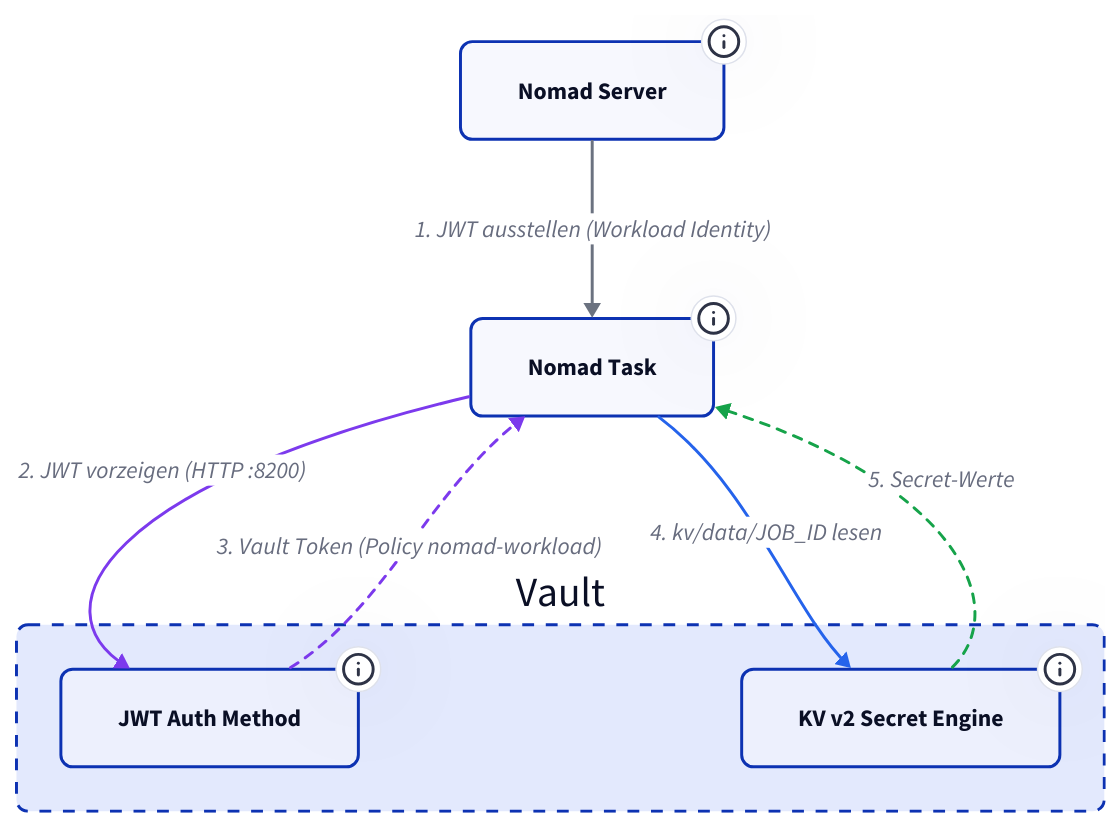
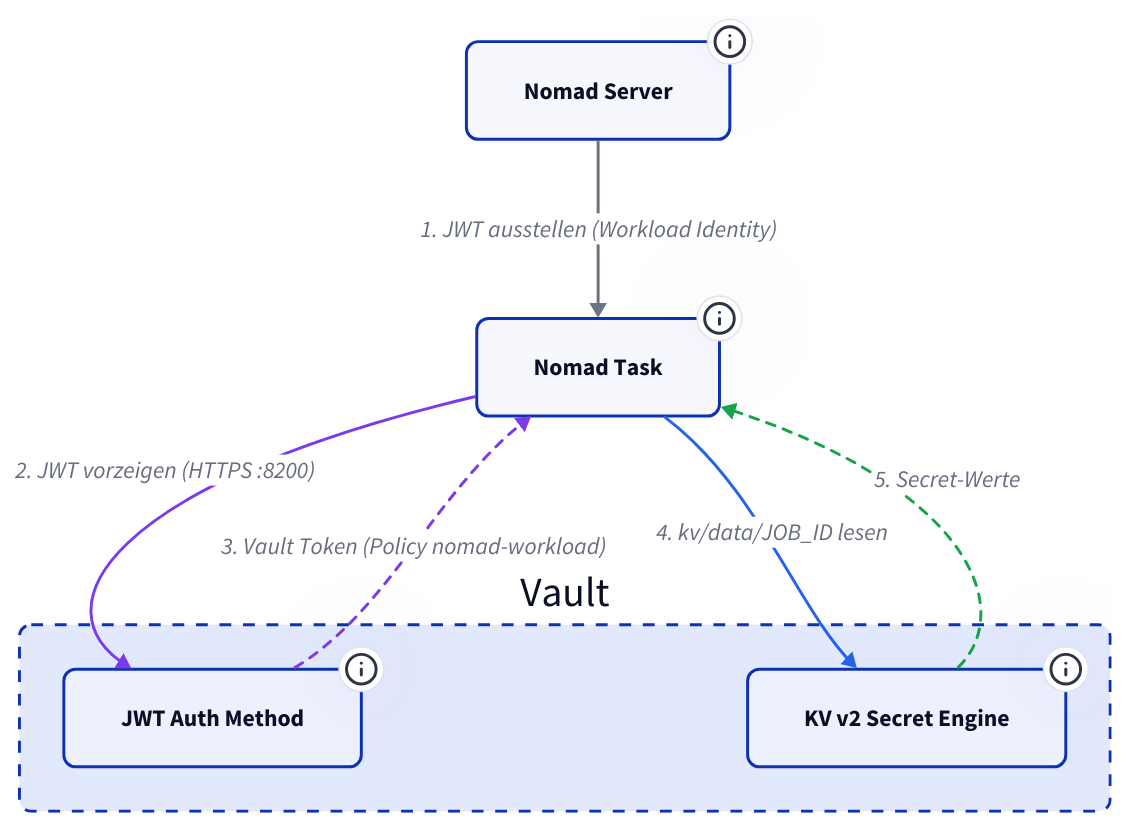
The second of 2 diagrams in docs/plattform/vault/index.md (derever-labs/homelab-wiki), drawn with D2 before and after one commit. The commit also changed other lines of this file and 4 other files, not shown here.

First line of the commit message:
docs(vault): TLS-Ist-Zustand statt HTTP-Designentscheid (#131)

````diff
--- a/docs/plattform/vault/index.md
+++ b/docs/plattform/vault/index.md
@@ -110,50 +110,50 @@
 ```d2
 classes: {
   node: { style: { border-radius: 8 } }
   container: { style: { border-radius: 8; stroke-dash: 4 } }
 }
 
 Nomad: Nomad Server {
   class: node
   tooltip: "Stellt beim Task-Start automatisch ein signiertes JWT aus (Workload Identity)"
 }
 
 Task: Nomad Task {
   class: node
   tooltip: "Container mit vault-Stanza (role nomad-workloads) -- Workload Identity kommt aus der default_identity der Nomad-Config"
 }
 
 vault: Vault {
   class: container
 
   auth: JWT Auth Method {
     class: node
     tooltip: "Validiert die JWT-Signatur gegen Nomads JWKS-Endpoint"
   }
   kv: KV v2 Secret Engine {
     class: node
     tooltip: "Pfad-Konvention: kv/data/JOB_ID -- Policy nomad-workload beschränkt Zugriff auf eigenen Pfad"
   }
 }
 
 Nomad -> Task: 1. JWT ausstellen (Workload Identity) {
   style.stroke: "#6b7280"
 }
-Task -> vault.auth: 2. JWT vorzeigen (HTTP :8200) {
+Task -> vault.auth: 2. JWT vorzeigen (HTTPS :8200) {
   style.stroke: "#7c3aed"
   tooltip: "Task authentifiziert sich mit dem JWT -- kein statischer Token nötig"
 }
 vault.auth -> Task: 3. Vault Token (Policy nomad-workload) {
   style.stroke: "#7c3aed"
   style.stroke-dash: 3
   tooltip: "Vault prüft JWT-Signatur via Nomad JWKS, dann Token mit eingeschränkter Policy"
 }
 Task -> vault.kv: 4. kv/data/JOB_ID lesen {
   style.stroke: "#2563eb"
   tooltip: "Task liest nur Secrets unter seinem eigenen Job-Pfad"
 }
 vault.kv -> Task: 5. Secret-Werte {
   style.stroke: "#16a34a"
   style.stroke-dash: 3
 }
 ```
````
